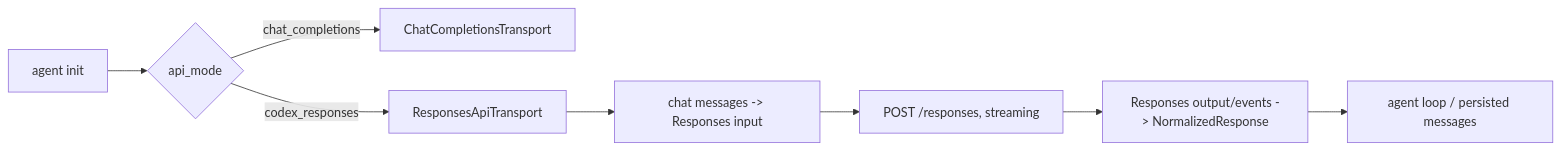
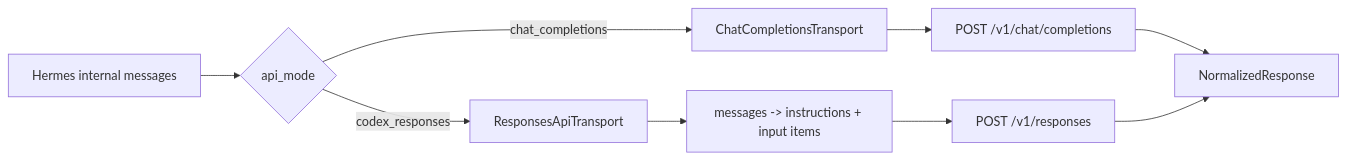
The diagram in docs/references/hermes/hermes-chat-responses-analysis.md (IceblueSakura/OpenBridge), drawn with Mermaid before and after one commit. The commit also changed other lines of this file and 38 other files, not shown here.

````diff
--- a/docs/references/hermes/hermes-chat-responses-analysis.md
+++ b/docs/references/hermes/hermes-chat-responses-analysis.md
@@ -19,10 +30,11 @@
 ```mermaid
 flowchart LR
-    A[agent init] --> B{api_mode}
-    B -->|chat_completions| C[ChatCompletionsTransport]
-    B -->|codex_responses| D[ResponsesApiTransport]
-    D --> E[chat messages -> Responses input]
-    E --> F[POST /responses, streaming]
-    F --> G[Responses output/events -> NormalizedResponse]
-    G --> H[agent loop / persisted messages]
+    A["Hermes internal messages"] --> B{"api_mode"}
+    B -->|"chat_completions"| C["ChatCompletionsTransport"]
+    C --> D["POST /v1/chat/completions"]
+    B -->|"codex_responses"| E["ResponsesApiTransport"]
+    E --> F["messages -> instructions + input items"]
+    F --> G["POST /v1/responses"]
+    D --> H["NormalizedResponse"]
+    G --> H
 ```
````
